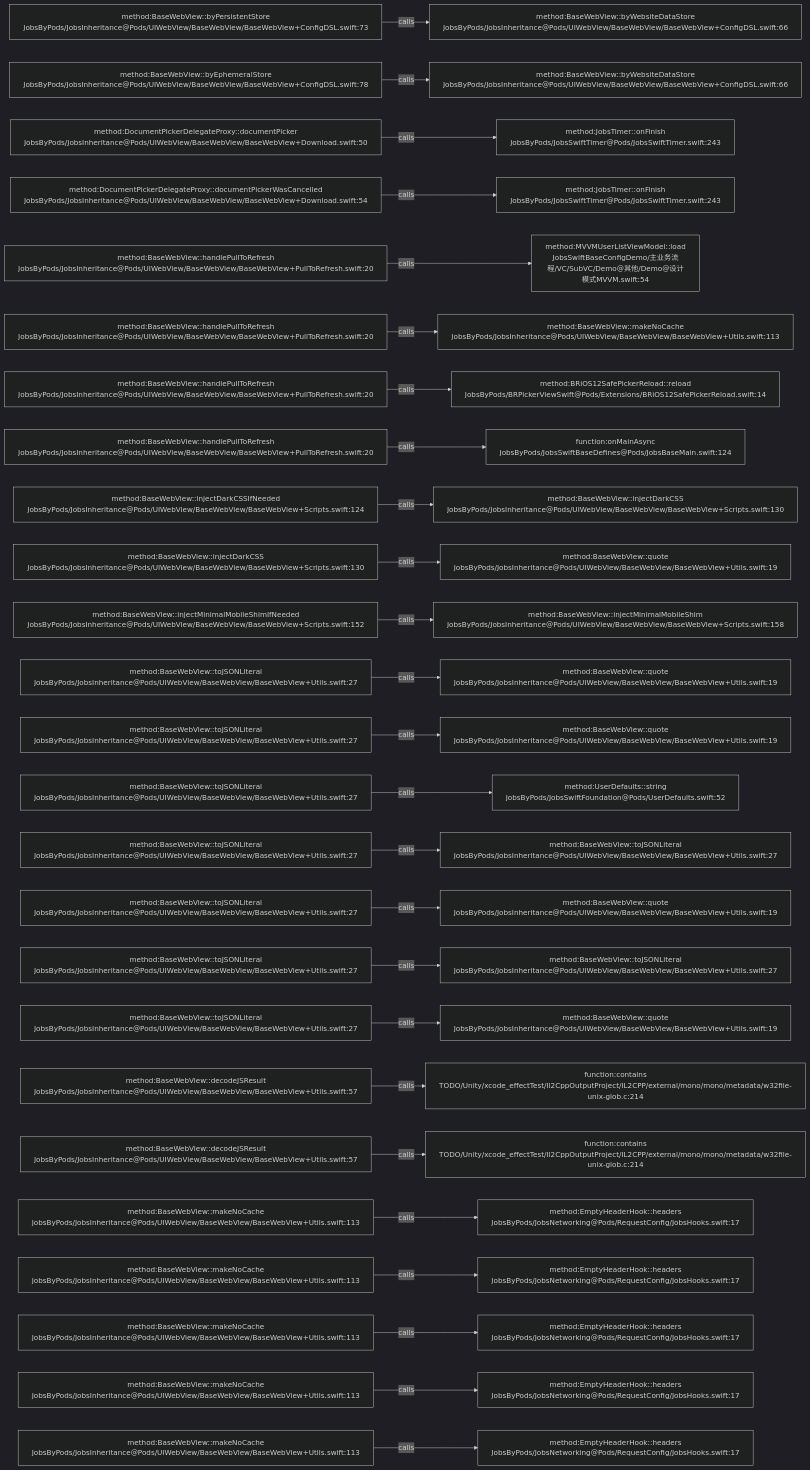
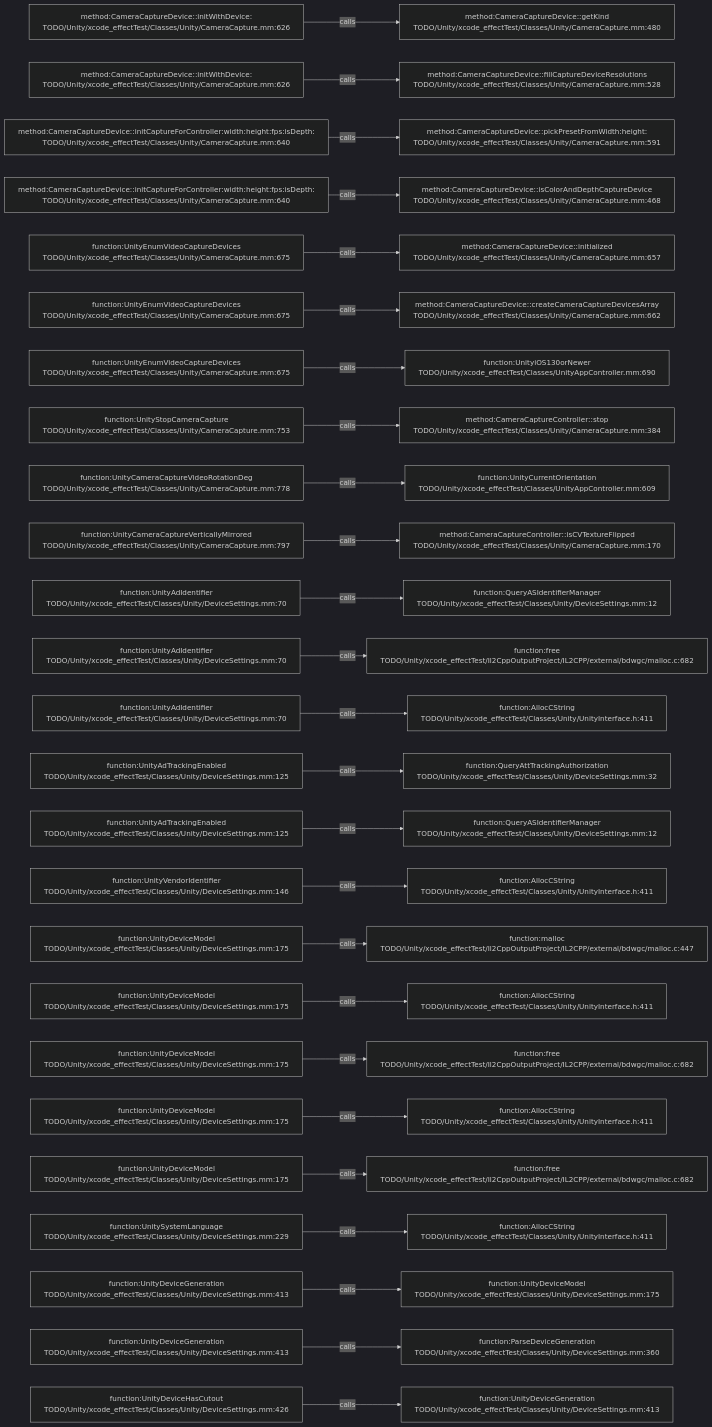
One commit to JobsKits/JobsSwiftBaseConfigDemo changed the diagram in .codegraph/codegraph.md/graphs/calls-035.md. Above: the diagram before and after it, drawn with Mermaid (dark theme). The commit also changed 227 other files, not shown here.

````diff
--- a/.codegraph/codegraph.md/graphs/calls-035.md
+++ b/.codegraph/codegraph.md/graphs/calls-035.md
@@ -13,78 +13,78 @@
 ```mermaid
 flowchart LR
-  S1["method:BaseWebView::byPersistentStore<br/>JobsByPods/JobsInheritance@Pods/UIWebView/BaseWebView/BaseWebView+ConfigDSL.swift:73"]
-  T1["method:BaseWebView::byWebsiteDataStore<br/>JobsByPods/JobsInheritance@Pods/UIWebView/BaseWebView/BaseWebView+ConfigDSL.swift:66"]
+  S1["method:CameraCaptureDevice::initWithDevice:<br/>TODO/Unity/xcode_effectTest/Classes/Unity/CameraCapture.mm:626"]
+  T1["method:CameraCaptureDevice::getKind<br/>TODO/Unity/xcode_effectTest/Classes/Unity/CameraCapture.mm:480"]
   S1 -->|calls| T1
-  S2["method:BaseWebView::byEphemeralStore<br/>JobsByPods/JobsInheritance@Pods/UIWebView/BaseWebView/BaseWebView+ConfigDSL.swift:78"]
-  T2["method:BaseWebView::byWebsiteDataStore<br/>JobsByPods/JobsInheritance@Pods/UIWebView/BaseWebView/BaseWebView+ConfigDSL.swift:66"]
+  S2["method:CameraCaptureDevice::initWithDevice:<br/>TODO/Unity/xcode_effectTest/Classes/Unity/CameraCapture.mm:626"]
+  T2["method:CameraCaptureDevice::fillCaptureDeviceResolutions<br/>TODO/Unity/xcode_effectTest/Classes/Unity/CameraCapture.mm:528"]
   S2 -->|calls| T2
-  S3["method:DocumentPickerDelegateProxy::documentPicker<br/>JobsByPods/JobsInheritance@Pods/UIWebView/BaseWebView/BaseWebView+Download.swift:50"]
-  T3["method:JobsTimer::onFinish<br/>JobsByPods/JobsSwiftTimer@Pods/JobsSwiftTimer.swift:243"]
+  S3["method:CameraCaptureDevice::initCaptureForController:width:height:fps:isDepth:<br/>TODO/Unity/xcode_effectTest/Classes/Unity/CameraCapture.mm:640"]
+  T3["method:CameraCaptureDevice::pickPresetFromWidth:height:<br/>TODO/Unity/xcode_effectTest/Classes/Unity/CameraCapture.mm:591"]
   S3 -->|calls| T3
-  S4["method:DocumentPickerDelegateProxy::documentPickerWasCancelled<br/>JobsByPods/JobsInheritance@Pods/UIWebView/BaseWebView/BaseWebView+Download.swift:54"]
-  T4["method:JobsTimer::onFinish<br/>JobsByPods/JobsSwiftTimer@Pods/JobsSwiftTimer.swift:243"]
+  S4["method:CameraCaptureDevice::initCaptureForController:width:height:fps:isDepth:<br/>TODO/Unity/xcode_effectTest/Classes/Unity/CameraCapture.mm:640"]
+  T4["method:CameraCaptureDevice::isColorAndDepthCaptureDevice<br/>TODO/Unity/xcode_effectTest/Classes/Unity/CameraCapture.mm:468"]
   S4 -->|calls| T4
-  S5["method:BaseWebView::handlePullToRefresh<br/>JobsByPods/JobsInheritance@Pods/UIWebView/BaseWebView/BaseWebView+PullToRefresh.swift:20"]
-  T5["method:MVVMUserListViewModel::load<br/>JobsSwiftBaseConfigDemo/主业务流程/VC/SubVC/Demo@其他/Demo@设计模式MVVM.swift:54"]
+  S5["function:UnityEnumVideoCaptureDevices<br/>TODO/Unity/xcode_effectTest/Classes/Unity/CameraCapture.mm:675"]
+  T5["method:CameraCaptureDevice::initialized<br/>TODO/Unity/xcode_effectTest/Classes/Unity/CameraCapture.mm:657"]
   S5 -->|calls| T5
-  S6["method:BaseWebView::handlePullToRefresh<br/>JobsByPods/JobsInheritance@Pods/UIWebView/BaseWebView/BaseWebView+PullToRefresh.swift:20"]
-  T6["method:BaseWebView::makeNoCache<br/>JobsByPods/JobsInheritance@Pods/UIWebView/BaseWebView/BaseWebView+Utils.swift:113"]
+  S6["function:UnityEnumVideoCaptureDevices<br/>TODO/Unity/xcode_effectTest/Classes/Unity/CameraCapture.mm:675"]
+  T6["method:CameraCaptureDevice::createCameraCaptureDevicesArray<br/>TODO/Unity/xcode_effectTest/Classes/Unity/CameraCapture.mm:662"]
   S6 -->|calls| T6
-  S7["method:BaseWebView::handlePullToRefresh<br/>JobsByPods/JobsInheritance@Pods/UIWebView/BaseWebView/BaseWebView+PullToRefresh.swift:20"]
-  T7["method:BRiOS12SafePickerReload::reload<br/>JobsByPods/BRPickerViewSwift@Pods/Extensions/BRiOS12SafePickerReload.swift:14"]
+  S7["function:UnityEnumVideoCaptureDevices<br/>TODO/Unity/xcode_effectTest/Classes/Unity/CameraCapture.mm:675"]
+  T7["function:UnityiOS130orNewer<br/>TODO/Unity/xcode_effectTest/Classes/UnityAppController.mm:690"]
   S7 -->|calls| T7
-  S8["method:BaseWebView::handlePullToRefresh<br/>JobsByPods/JobsInheritance@Pods/UIWebView/BaseWebView/BaseWebView+PullToRefresh.swift:20"]
-  T8["function:onMainAsync<br/>JobsByPods/JobsSwiftBaseDefines@Pods/JobsBaseMain.swift:124"]
+  S8["function:UnityStopCameraCapture<br/>TODO/Unity/xcode_effectTest/Classes/Unity/CameraCapture.mm:753"]
+  T8["method:CameraCaptureController::stop<br/>TODO/Unity/xcode_effectTest/Classes/Unity/CameraCapture.mm:384"]
   S8 -->|calls| T8
-  S9["method:BaseWebView::injectDarkCSSIfNeeded<br/>JobsByPods/JobsInheritance@Pods/UIWebView/BaseWebView/BaseWebView+Scripts.swift:124"]
-  T9["method:BaseWebView::injectDarkCSS<br/>JobsByPods/JobsInheritance@Pods/UIWebView/BaseWebView/BaseWebView+Scripts.swift:130"]
+  S9["function:UnityCameraCaptureVideoRotationDeg<br/>TODO/Unity/xcode_effectTest/Classes/Unity/CameraCapture.mm:778"]
+  T9["function:UnityCurrentOrientation<br/>TODO/Unity/xcode_effectTest/Classes/UnityAppController.mm:609"]
   S9 -->|calls| T9
-  S10["method:BaseWebView::injectDarkCSS<br/>JobsByPods/JobsInheritance@Pods/UIWebView/BaseWebView/BaseWebView+Scripts.swift:130"]
-  T10["method:BaseWebView::quote<br/>JobsByPods/JobsInheritance@Pods/UIWebView/BaseWebView/BaseWebView+Utils.swift:19"]
+  S10["function:UnityCameraCaptureVerticallyMirrored<br/>TODO/Unity/xcode_effectTest/Classes/Unity/CameraCapture.mm:797"]
+  T10["method:CameraCaptureController::isCVTextureFlipped<br/>TODO/Unity/xcode_effectTest/Classes/Unity/CameraCapture.mm:170"]
   S10 -->|calls| T10
-  S11["method:BaseWebView::injectMinimalMobileShimIfNeeded<br/>JobsByPods/JobsInheritance@Pods/UIWebView/BaseWebView/BaseWebView+Scripts.swift:152"]
-  T11["method:BaseWebView::injectMinimalMobileShim<br/>JobsByPods/JobsInheritance@Pods/UIWebView/BaseWebView/BaseWebView+Scripts.swift:158"]
+  S11["function:UnityAdIdentifier<br/>TODO/Unity/xcode_effectTest/Classes/Unity/DeviceSettings.mm:70"]
+  T11["function:QueryASIdentifierManager<br/>TODO/Unity/xcode_effectTest/Classes/Unity/DeviceSettings.mm:12"]
   S11 -->|calls| T11
-  S12["method:BaseWebView::toJSONLiteral<br/>JobsByPods/JobsInheritance@Pods/UIWebView/BaseWebView/BaseWebView+Utils.swift:27"]
-  T12["method:BaseWebView::quote<br/>JobsByPods/JobsInheritance@Pods/UIWebView/BaseWebView/BaseWebView+Utils.swift:19"]
+  S12["function:UnityAdIdentifier<br/>TODO/Unity/xcode_effectTest/Classes/Unity/DeviceSettings.mm:70"]
+  T12["function:free<br/>TODO/Unity/xcode_effectTest/Il2CppOutputProject/IL2CPP/external/bdwgc/malloc.c:682"]
   S12 -->|calls| T12
-  S13["method:BaseWebView::toJSONLiteral<br/>JobsByPods/JobsInheritance@Pods/UIWebView/BaseWebView/BaseWebView+Utils.swift:27"]
-  T13["method:BaseWebView::quote<br/>JobsByPods/JobsInheritance@Pods/UIWebView/BaseWebView/BaseWebView+Utils.swift:19"]
+  S13["function:UnityAdIdentifier<br/>TODO/Unity/xcode_effectTest/Classes/Unity/DeviceSettings.mm:70"]
+  T13["function:AllocCString<br/>TODO/Unity/xcode_effectTest/Classes/Unity/UnityInterface.h:411"]
   S13 -->|calls| T13
-  S14["method:BaseWebView::toJSONLiteral<br/>JobsByPods/JobsInheritance@Pods/UIWebView/BaseWebView/BaseWebView+Utils.swift:27"]
-  T14["method:UserDefaults::string<br/>JobsByPods/JobsSwiftFoundation@Pods/UserDefaults.swift:52"]
+  S14["function:UnityAdTrackingEnabled<br/>TODO/Unity/xcode_effectTest/Classes/Unity/DeviceSettings.mm:125"]
+  T14["function:QueryAttTrackingAuthorization<br/>TODO/Unity/xcode_effectTest/Classes/Unity/DeviceSettings.mm:32"]
   S14 -->|calls| T14
-  S15["method:BaseWebView::toJSONLiteral<br/>JobsByPods/JobsInheritance@Pods/UIWebView/BaseWebView/BaseWebView+Utils.swift:27"]
-  T15["method:BaseWebView::toJSONLiteral<br/>JobsByPods/JobsInheritance@Pods/UIWebView/BaseWebView/BaseWebView+Utils.swift:27"]
+  S15["function:UnityAdTrackingEnabled<br/>TODO/Unity/xcode_effectTest/Classes/Unity/DeviceSettings.mm:125"]
+  T15["function:QueryASIdentifierManager<br/>TODO/Unity/xcode_effectTest/Classes/Unity/DeviceSettings.mm:12"]
   S15 -->|calls| T15
-  S16["method:BaseWebView::toJSONLiteral<br/>JobsByPods/JobsInheritance@Pods/UIWebView/BaseWebView/BaseWebView+Utils.swift:27"]
-  T16["method:BaseWebView::quote<br/>JobsByPods/JobsInheritance@Pods/UIWebView/BaseWebView/BaseWebView+Utils.swift:19"]
+  S16["function:UnityVendorIdentifier<br/>TODO/Unity/xcode_effectTest/Classes/Unity/DeviceSettings.mm:146"]
+  T16["function:AllocCString<br/>TODO/Unity/xcode_effectTest/Classes/Unity/UnityInterface.h:411"]
   S16 -->|calls| T16
-  S17["method:BaseWebView::toJSONLiteral<br/>JobsByPods/JobsInheritance@Pods/UIWebView/BaseWebView/BaseWebView+Utils.swift:27"]
-  T17["method:BaseWebView::toJSONLiteral<br/>JobsByPods/JobsInheritance@Pods/UIWebView/BaseWebView/BaseWebView+Utils.swift:27"]
+  S17["function:UnityDeviceModel<br/>TODO/Unity/xcode_effectTest/Classes/Unity/DeviceSettings.mm:175"]
+  T17["function:malloc<br/>TODO/Unity/xcode_effectTest/Il2CppOutputProject/IL2CPP/external/bdwgc/malloc.c:447"]
   S17 -->|calls| T17
-  S18["method:BaseWebView::toJSONLiteral<br/>JobsByPods/JobsInheritance@Pods/UIWebView/BaseWebView/BaseWebView+Utils.swift:27"]
-  T18["method:BaseWebView::quote<br/>JobsByPods/JobsInheritance@Pods/UIWebView/BaseWebView/BaseWebView+Utils.swift:19"]
+  S18["function:UnityDeviceModel<br/>TODO/Unity/xcode_effectTest/Classes/Unity/DeviceSettings.mm:175"]
+  T18["function:AllocCString<br/>TODO/Unity/xcode_effectTest/Classes/Unity/UnityInterface.h:411"]
   S18 -->|calls| T18
-  S19["method:BaseWebView::decodeJSResult<br/>JobsByPods/JobsInheritance@Pods/UIWebView/BaseWebView/BaseWebView+Utils.swift:57"]
-  T19["function:contains<br/>TODO/Unity/xcode_effectTest/Il2CppOutputProject/IL2CPP/external/mono/mono/metadata/w32file-unix-glob.c:214"]
+  S19["function:UnityDeviceModel<br/>TODO/Unity/xcode_effectTest/Classes/Unity/DeviceSettings.mm:175"]
+  T19["function:free<br/>TODO/Unity/xcode_effectTest/Il2CppOutputProject/IL2CPP/external/bdwgc/malloc.c:682"]
   S19 -->|calls| T19
-  S20["method:BaseWebView::decodeJSResult<br/>JobsByPods/JobsInheritance@Pods/UIWebView/BaseWebView/BaseWebView+Utils.swift:57"]
-  T20["function:contains<br/>TODO/Unity/xcode_effectTest/Il2CppOutputProject/IL2CPP/external/mono/mono/metadata/w32file-unix-glob.c:214"]
+  S20["function:UnityDeviceModel<br/>TODO/Unity/xcode_effectTest/Classes/Unity/DeviceSettings.mm:175"]
+  T20["function:AllocCString<br/>TODO/Unity/xcode_effectTest/Classes/Unity/UnityInterface.h:411"]
   S20 -->|calls| T20
-  S21["method:BaseWebView::makeNoCache<br/>JobsByPods/JobsInheritance@Pods/UIWebView/BaseWebView/BaseWebView+Utils.swift:113"]
-  T21["method:EmptyHeaderHook::headers<br/>JobsByPods/JobsNetworking@Pods/RequestConfig/JobsHooks.swift:17"]
+  S21["function:UnityDeviceModel<br/>TODO/Unity/xcode_effectTest/Classes/Unity/DeviceSettings.mm:175"]
+  T21["function:free<br/>TODO/Unity/xcode_effectTest/Il2CppOutputProject/IL2CPP/external/bdwgc/malloc.c:682"]
   S21 -->|calls| T21
-  S22["method:BaseWebView::makeNoCache<br/>JobsByPods/JobsInheritance@Pods/UIWebView/BaseWebView/BaseWebView+Utils.swift:113"]
-  T22["method:EmptyHeaderHook::headers<br/>JobsByPods/JobsNetworking@Pods/RequestConfig/JobsHooks.swift:17"]
+  S22["function:UnitySystemLanguage<br/>TODO/Unity/xcode_effectTest/Classes/Unity/DeviceSettings.mm:229"]
+  T22["function:AllocCString<br/>TODO/Unity/xcode_effectTest/Classes/Unity/UnityInterface.h:411"]
   S22 -->|calls| T22
-  S23["method:BaseWebView::makeNoCache<br/>JobsByPods/JobsInheritance@Pods/UIWebView/BaseWebView/BaseWebView+Utils.swift:113"]
-  T23["method:EmptyHeaderHook::headers<br/>JobsByPods/JobsNetworking@Pods/RequestConfig/JobsHooks.swift:17"]
+  S23["function:UnityDeviceGeneration<br/>TODO/Unity/xcode_effectTest/Classes/Unity/DeviceSettings.mm:413"]
+  T23["function:UnityDeviceModel<br/>TODO/Unity/xcode_effectTest/Classes/Unity/DeviceSettings.mm:175"]
   S23 -->|calls| T23
-  S24["method:BaseWebView::makeNoCache<br/>JobsByPods/JobsInheritance@Pods/UIWebView/BaseWebView/BaseWebView+Utils.swift:113"]
-  T24["method:EmptyHeaderHook::headers<br/>JobsByPods/JobsNetworking@Pods/RequestConfig/JobsHooks.swift:17"]
+  S24["function:UnityDeviceGeneration<br/>TODO/Unity/xcode_effectTest/Classes/Unity/DeviceSettings.mm:413"]
+  T24["function:ParseDeviceGeneration<br/>TODO/Unity/xcode_effectTest/Classes/Unity/DeviceSettings.mm:360"]
   S24 -->|calls| T24
-  S25["method:BaseWebView::makeNoCache<br/>JobsByPods/JobsInheritance@Pods/UIWebView/BaseWebView/BaseWebView+Utils.swift:113"]
-  T25["method:EmptyHeaderHook::headers<br/>JobsByPods/JobsNetworking@Pods/RequestConfig/JobsHooks.swift:17"]
+  S25["function:UnityDeviceHasCutout<br/>TODO/Unity/xcode_effectTest/Classes/Unity/DeviceSettings.mm:426"]
+  T25["function:UnityDeviceGeneration<br/>TODO/Unity/xcode_effectTest/Classes/Unity/DeviceSettings.mm:413"]
   S25 -->|calls| T25
 ```
````
